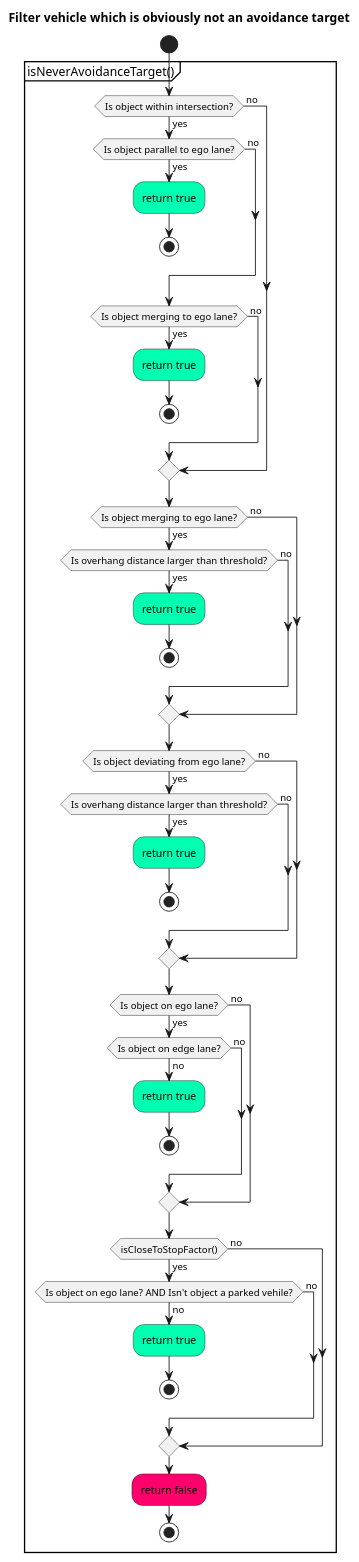
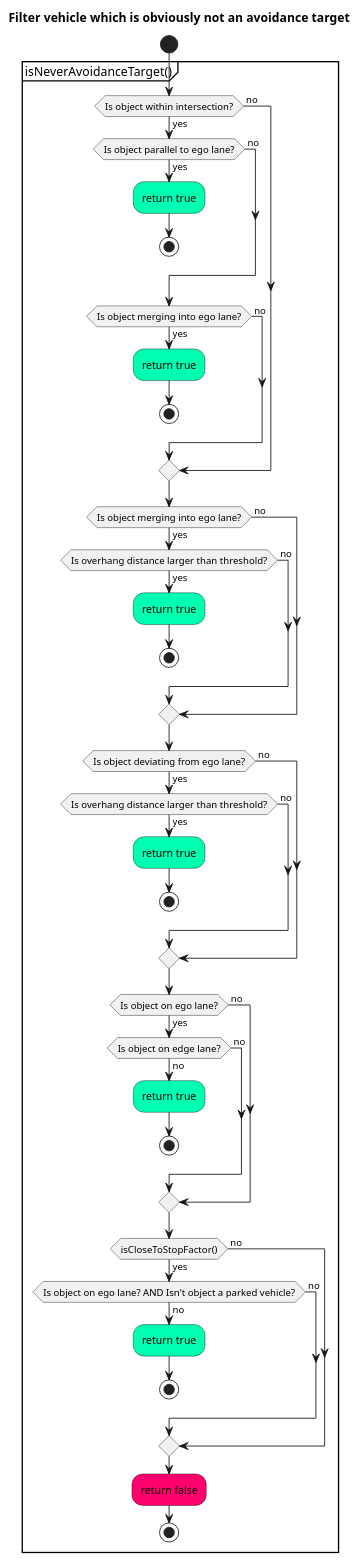
The sixth of 9 diagrams in planning/behavior_path_planner/autoware_behavior_path_static_obstacle_avoidance_module/README.md (autowarefoundation/autoware), drawn with PlantUML before and after one commit. The commit also changed other lines of this file and 1 other file, not shown here.

````diff
--- a/planning/behavior_path_planner/autoware_behavior_path_static_obstacle_avoidance_module/README.md
+++ b/planning/behavior_path_planner/autoware_behavior_path_static_obstacle_avoidance_module/README.md
@@ -556,68 +556,68 @@
 ```plantuml
 @startuml
 skinparam defaultTextAlignment center
 skinparam noteTextAlignment left
 
 title Filter vehicle which is obviously not an avoidance target
 start
 
 partition isNeverAvoidanceTarget() {
 if(Is object within intersection?) then (yes)
 
 if(Is object parallel to ego lane?) then (yes)
 #00FFB1 :return true;
 stop
 else (\n no)
 endif
 
-if(Is object merging to ego lane?) then (yes)
+if(Is object merging into ego lane?) then (yes)
 #00FFB1 :return true;
 stop
 else (\n no)
 endif
 
 else (\n no)
 endif
 
-if(Is object merging to ego lane?) then (yes)
+if(Is object merging into ego lane?) then (yes)
 if(Is overhang distance larger than threshold?) then (yes)
 #00FFB1 :return true;
 stop
 else (\n no)
 endif
 else (\n no)
 endif
 
 if(Is object deviating from ego lane?) then (yes)
 if(Is overhang distance larger than threshold?) then (yes)
 #00FFB1 :return true;
 stop
 else (\n no)
 endif
 else (\n no)
 endif
 
 if(Is object on ego lane?) then (yes)
 if(Is object on edge lane?) then (no)
 #00FFB1 :return true;
 stop
 else (\n no)
 endif
 else (\n no)
 endif
 
 if(isCloseToStopFactor()) then (yes)
-if(Is object on ego lane? AND Isn't object a parked vehile?) then (no)
+if(Is object on ego lane? AND Isn't object a parked vehicle?) then (no)
 #00FFB1 :return true;
 stop
 else (\n no)
 endif
 else (\n no)
 endif
 
 #FF006C :return false;
 stop
 }
 
 @enduml
 ```
````
